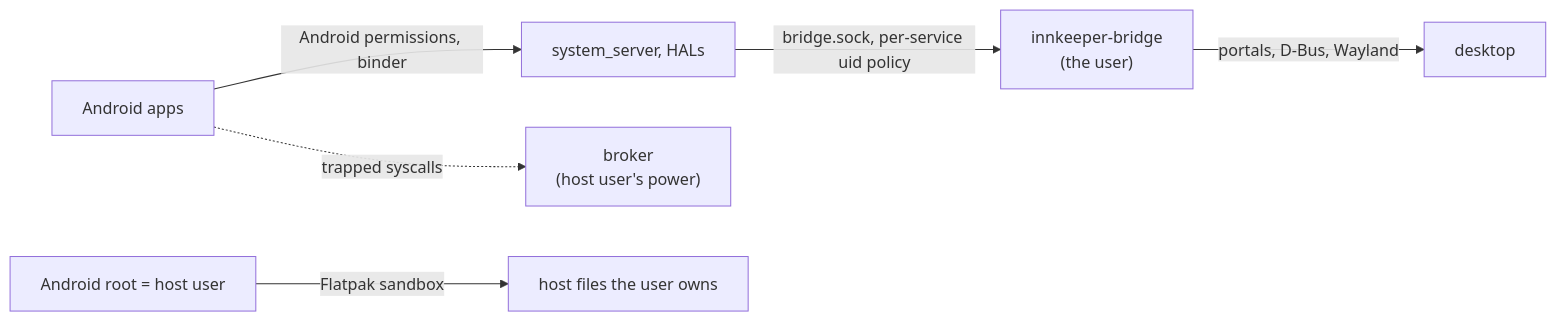
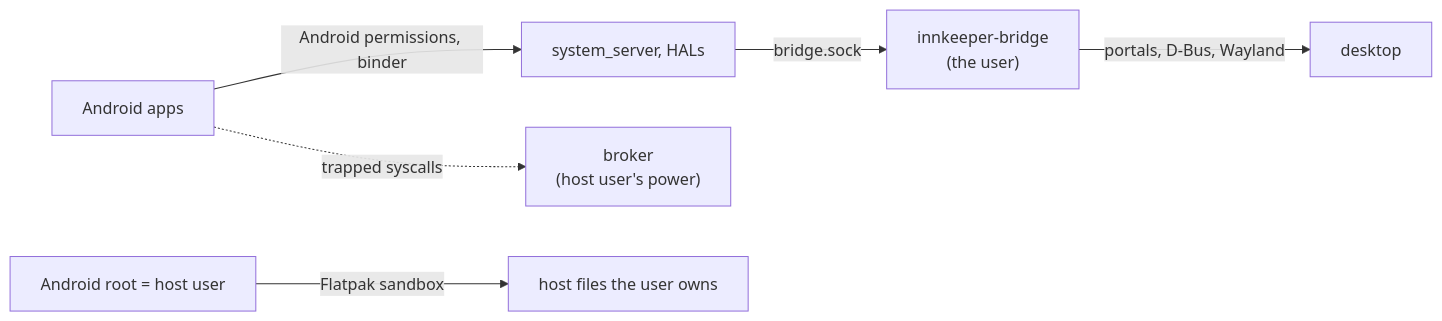
The diagram in docs/security.md (sargunv/innkeeper), drawn with Mermaid before and after one commit. The commit also changed other lines of this file and 8 other files, not shown here.

First line of the commit message:
bridge: delete the per-uid service ACL

````diff
--- a/docs/security.md
+++ b/docs/security.md
@@ -18,8 +18,8 @@
 ```mermaid
 flowchart LR
   apps["Android apps"] -->|"Android permissions, binder"| sys["system_server, HALs"]
   apps -. "trapped syscalls" .-> broker["broker<br/>(host user's power)"]
-  sys -->|"bridge.sock, per-service uid policy"| bridge["innkeeper-bridge<br/>(the user)"]
+  sys -->|"bridge.sock"| bridge["innkeeper-bridge<br/>(the user)"]
   bridge -->|"portals, D-Bus, Wayland"| desk["desktop"]
   root["Android root = host user"] -->|"Flatpak sandbox"| host["host files the user owns"]
 ```
````
